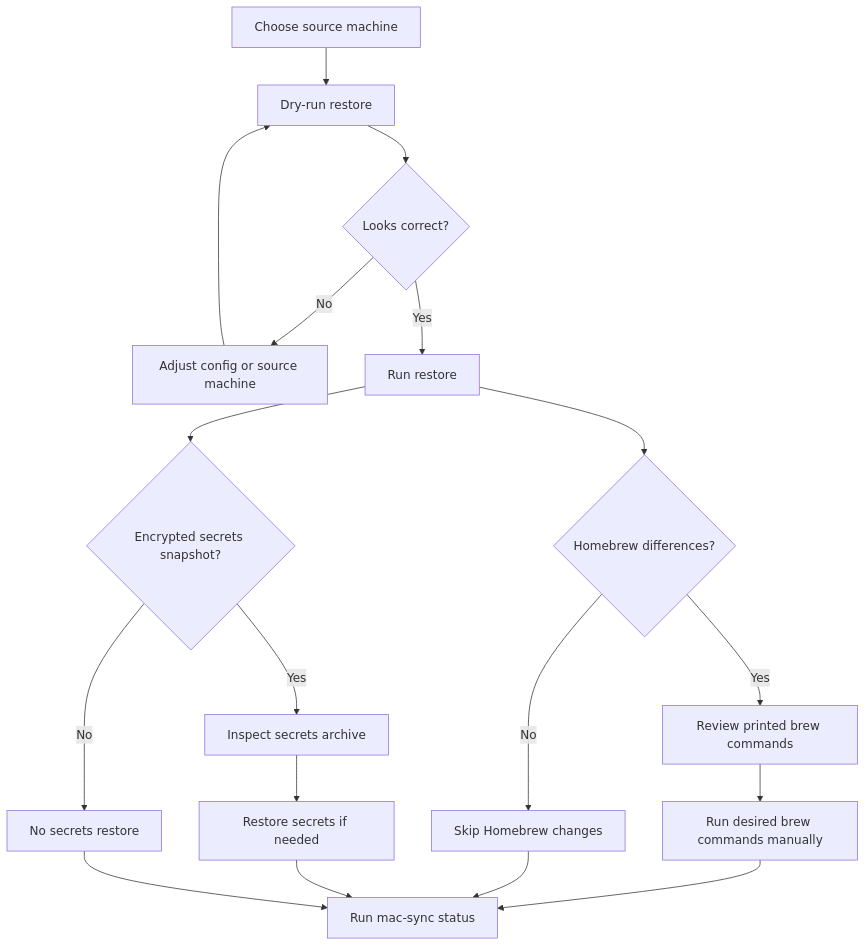
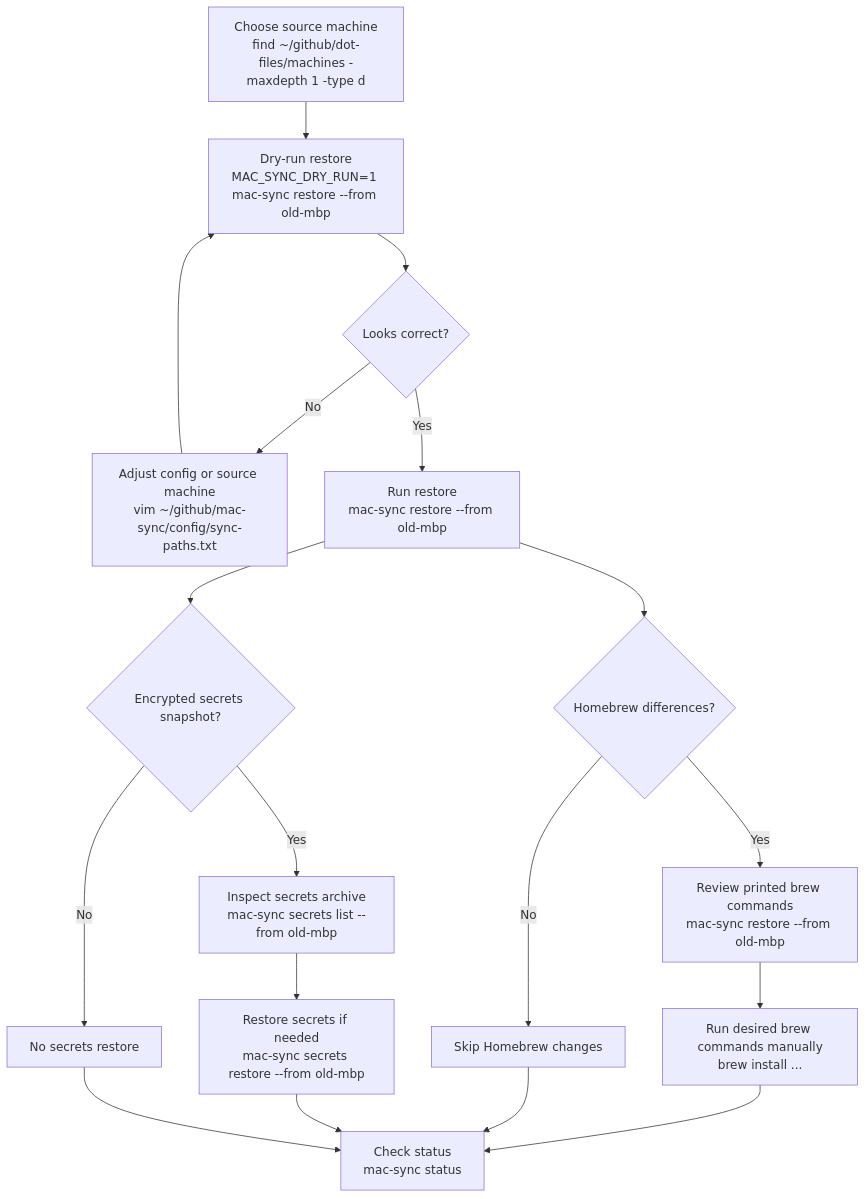
One commit to stephenlclarke/mac-sync changed the third of 4 diagrams in WORKFLOW.md. Above: the diagram before and after it, drawn with Mermaid. The commit also changed other lines of this file, not shown here.

Commit message:
docs: add commands to workflow diagrams

````diff
--- a/WORKFLOW.md
+++ b/WORKFLOW.md
@@ -215,20 +226,20 @@
 ```mermaid
 flowchart TD
-  A["Choose source machine"] --> B["Dry-run restore"]
+  A["Choose source machine<br/>find ~/github/dot-files/machines -maxdepth 1 -type d"] --> B["Dry-run restore<br/>MAC_SYNC_DRY_RUN=1 mac-sync restore --from old-mbp"]
   B --> C{"Looks correct?"}
-  C -- "No" --> D["Adjust config or source machine"]
+  C -- "No" --> D["Adjust config or source machine<br/>vim ~/github/mac-sync/config/sync-paths.txt"]
   D --> B
-  C -- "Yes" --> E["Run restore"]
+  C -- "Yes" --> E["Run restore<br/>mac-sync restore --from old-mbp"]
   E --> F{"Homebrew differences?"}
-  F -- "Yes" --> G["Review printed brew commands"]
+  F -- "Yes" --> G["Review printed brew commands<br/>mac-sync restore --from old-mbp"]
   F -- "No" --> H["Skip Homebrew changes"]
-  G --> I["Run desired brew commands manually"]
+  G --> I["Run desired brew commands manually<br/>brew install ..."]
   E --> J{"Encrypted secrets snapshot?"}
-  J -- "Yes" --> K["Inspect secrets archive"]
-  K --> L["Restore secrets if needed"]
+  J -- "Yes" --> K["Inspect secrets archive<br/>mac-sync secrets list --from old-mbp"]
+  K --> L["Restore secrets if needed<br/>mac-sync secrets restore --from old-mbp"]
   J -- "No" --> M["No secrets restore"]
-  I --> N["Run mac-sync status"]
+  I --> N["Check status<br/>mac-sync status"]
   H --> N
   L --> N
   M --> N
 ```
````
